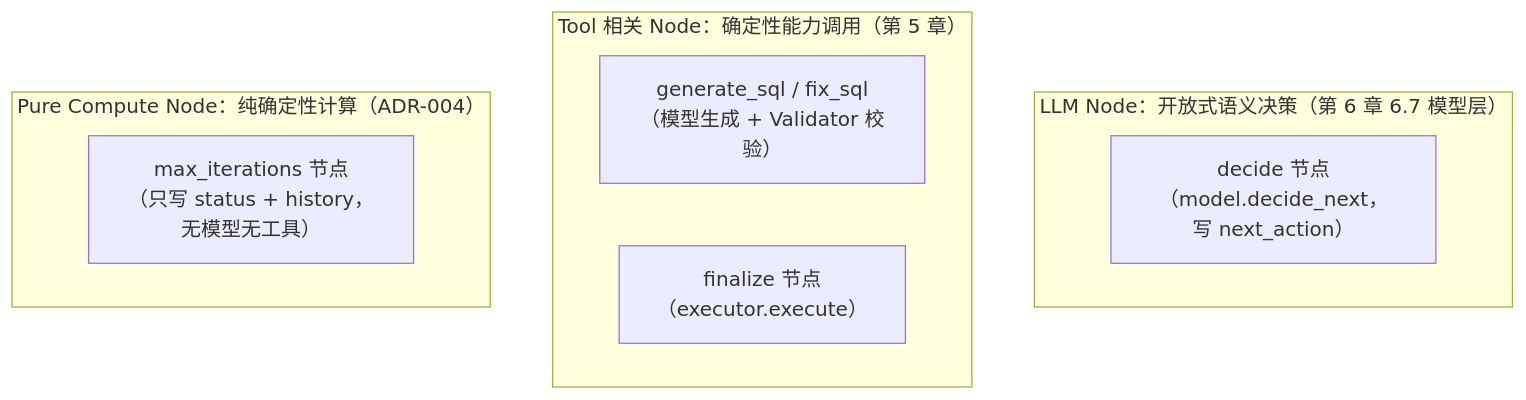
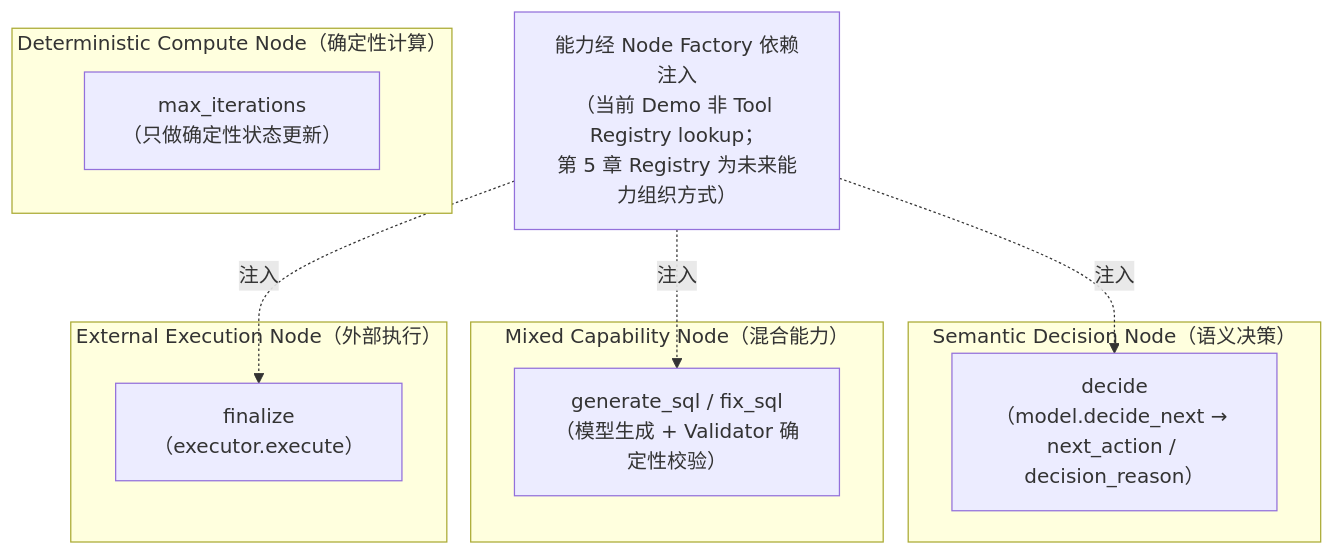
Before and after one commit to AnRun-M/enterprise-ai-agent-handbook: the third of 5 diagrams in docs/03-langgraph-core/ch10-execution-nodes.md, drawn with Mermaid. The commit also changed other lines of this file and 3 other files, not shown here.

Commit message:
docs: refine node execution and runtime boundaries

````diff
--- a/docs/03-langgraph-core/ch10-execution-nodes.md
+++ b/docs/03-langgraph-core/ch10-execution-nodes.md
@@ -143,13 +143,18 @@
 ```mermaid
 flowchart TD
-    subgraph LLMN["LLM Node：开放式语义决策（第 6 章 6.7 模型层）"]
-        D["decide 节点\n（model.decide_next，写 next_action）"]
+    subgraph SDN["Semantic Decision Node（语义决策）"]
+        D["decide\n（model.decide_next → next_action / decision_reason）"]
     end
-    subgraph TOOLN["Tool 相关 Node：确定性能力调用（第 5 章）"]
-        G["generate_sql / fix_sql\n（模型生成 + Validator 校验）"]
-        F["finalize 节点\n（executor.execute）"]
+    subgraph MCN["Mixed Capability Node（混合能力）"]
+        G["generate_sql / fix_sql\n（模型生成 + Validator 确定性校验）"]
     end
-    subgraph COMP["Pure Compute Node：纯确定性计算（ADR-004）"]
-        M["max_iterations 节点\n（只写 status + history，无模型无工具）"]
+    subgraph EEN["External Execution Node（外部执行）"]
+        F["finalize\n（executor.execute）"]
     end
+    subgraph DCN["Deterministic Compute Node（确定性计算）"]
+        M["max_iterations\n（只做确定性状态更新）"]
+    end
+    DEP["能力经 Node Factory 依赖注入\n（当前 Demo 非 Tool Registry lookup；\n第 5 章 Registry 为未来能力组织方式）"] -. "注入" .-> D
+    DEP -. "注入" .-> G
+    DEP -. "注入" .-> F
 ```
````
